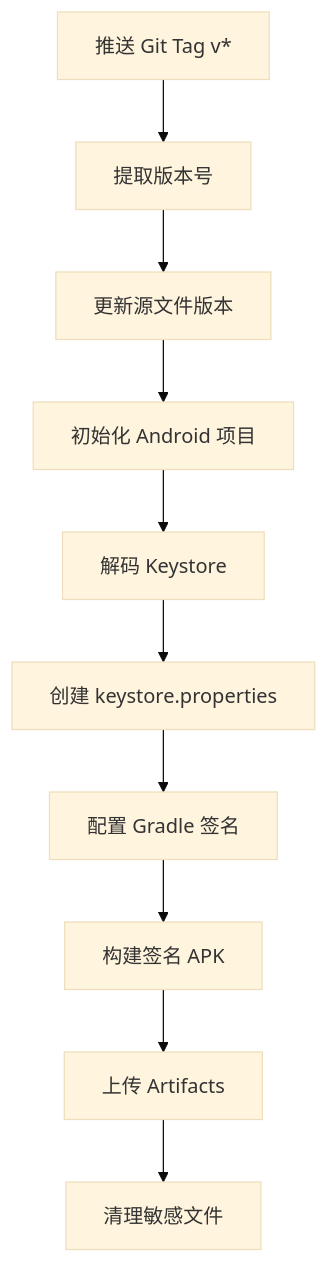
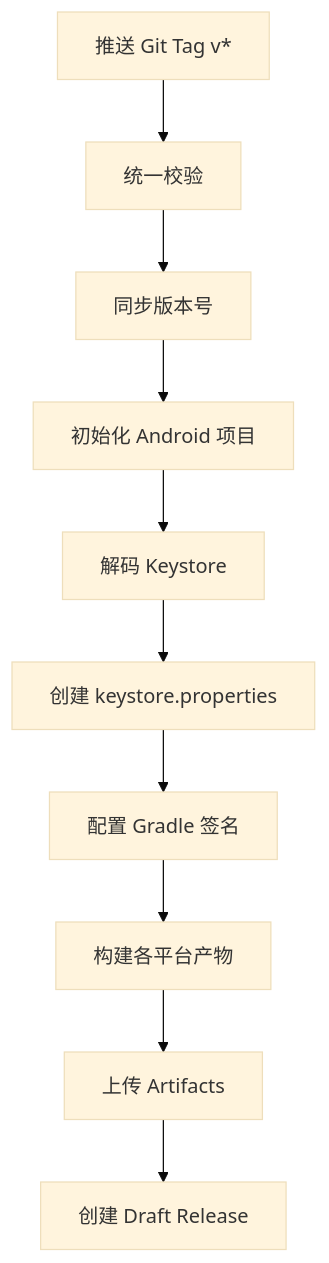
Before and after one commit to oneder2/Vana: the diagram in scripts/README.md, drawn with Mermaid (base theme). The commit also changed other lines of this file and 73 other files, not shown here.

````diff
--- a/scripts/README.md
+++ b/scripts/README.md
@@ -120,12 +139,12 @@
 ```mermaid
 graph TD
-    A[推送 Git Tag v*] --> B[提取版本号]
-    B --> C[更新源文件版本]
+    A[推送 Git Tag v*] --> B[统一校验]
+    B --> C[同步版本号]
     C --> D[初始化 Android 项目]
     D --> E[解码 Keystore]
     E --> F[创建 keystore.properties]
     F --> G[配置 Gradle 签名]
-    G --> H[构建签名 APK]
+    G --> H[构建各平台产物]
     H --> I[上传 Artifacts]
-    I --> J[清理敏感文件]
+    I --> J[创建 Draft Release]
 ```
````
